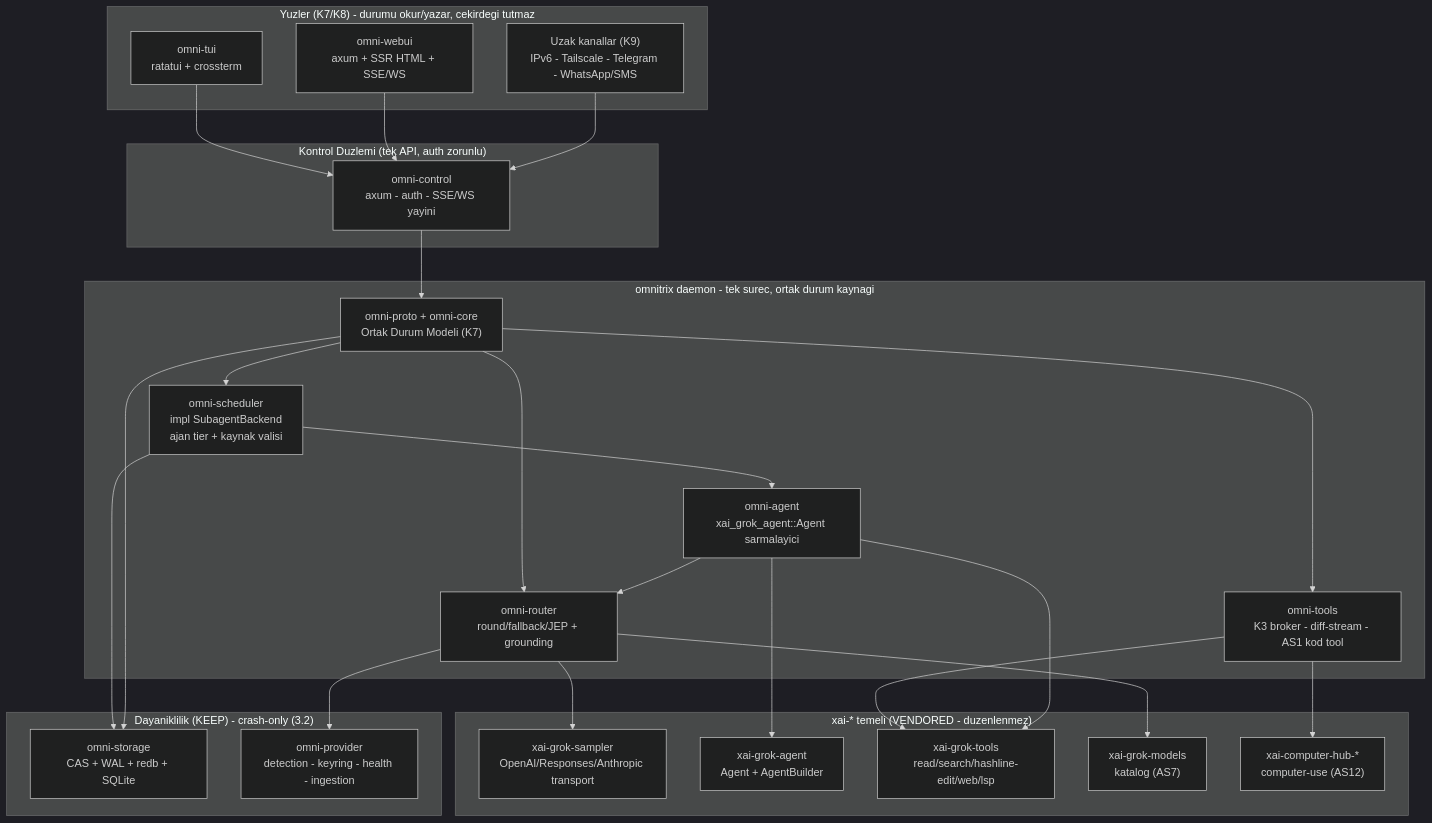
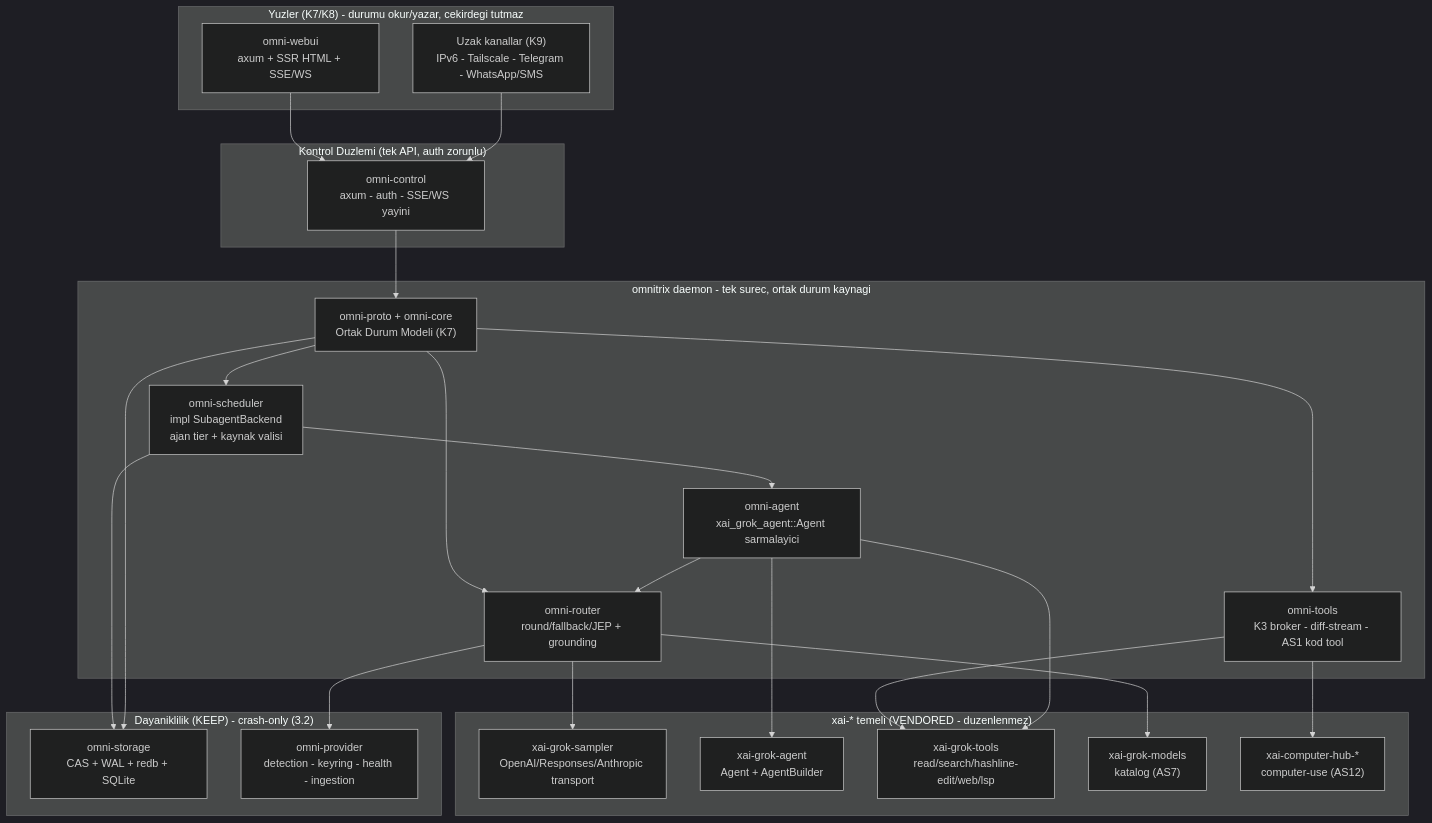
One commit to void0x14/omnitrix changed the diagram in MASTER-PLAN.md. Above: the diagram before and after it, drawn with Mermaid (dark theme). The commit also changed other lines of this file and 51 other files, not shown here.

````diff
--- a/MASTER-PLAN.md
+++ b/MASTER-PLAN.md
@@ -49,52 +49,50 @@
 ```mermaid
 flowchart TB
     subgraph Faces["Yuzler (K7/K8) - durumu okur/yazar, cekirdegi tutmaz"]
-        TUI["omni-tui<br/>ratatui + crossterm"]
         WEB["omni-webui<br/>axum + SSR HTML + SSE/WS"]
         REMOTE["Uzak kanallar (K9)<br/>IPv6 - Tailscale - Telegram - WhatsApp/SMS"]
     end
 
     subgraph ControlPlane["Kontrol Duzlemi (tek API, auth zorunlu)"]
         CTRL["omni-control<br/>axum - auth - SSE/WS yayini"]
     end
 
     subgraph Core["omnitrix daemon - tek surec, ortak durum kaynagi"]
         STATE["omni-proto + omni-core<br/>Ortak Durum Modeli (K7)"]
         SCHED["omni-scheduler<br/>impl SubagentBackend<br/>ajan tier + kaynak valisi"]
         ROUTER["omni-router<br/>round/fallback/JEP + grounding"]
         TOOLS["omni-tools<br/>K3 broker - diff-stream - AS1 kod tool"]
         AGENT["omni-agent<br/>xai_grok_agent::Agent sarmalayici"]
     end
 
     subgraph Foundation["xai-* temeli (VENDORED - duzenlenmez)"]
         SAMPLER["xai-grok-sampler<br/>OpenAI/Responses/Anthropic transport"]
         GAGENT["xai-grok-agent<br/>Agent + AgentBuilder"]
         GTOOLS["xai-grok-tools<br/>read/search/hashline-edit/web/lsp"]
         MODELS["xai-grok-models<br/>katalog (AS7)"]
         CHUB["xai-computer-hub-*<br/>computer-use (AS12)"]
     end
 
     subgraph Durability["Dayaniklilik (KEEP) - crash-only (3.2)"]
         STORAGE["omni-storage<br/>CAS + WAL + redb + SQLite"]
         PROVIDER["omni-provider<br/>detection - keyring - health - ingestion"]
     end
 
-    TUI --> CTRL
     WEB --> CTRL
     REMOTE --> CTRL
     CTRL --> STATE
     STATE --> SCHED
     STATE --> ROUTER
     STATE --> TOOLS
     SCHED --> AGENT
     AGENT --> GAGENT
     AGENT --> ROUTER
     ROUTER --> SAMPLER
     TOOLS --> GTOOLS
     AGENT --> GTOOLS
     ROUTER --> MODELS
     TOOLS --> CHUB
     SCHED --> STORAGE
     ROUTER --> PROVIDER
     STATE --> STORAGE
 ```
````
